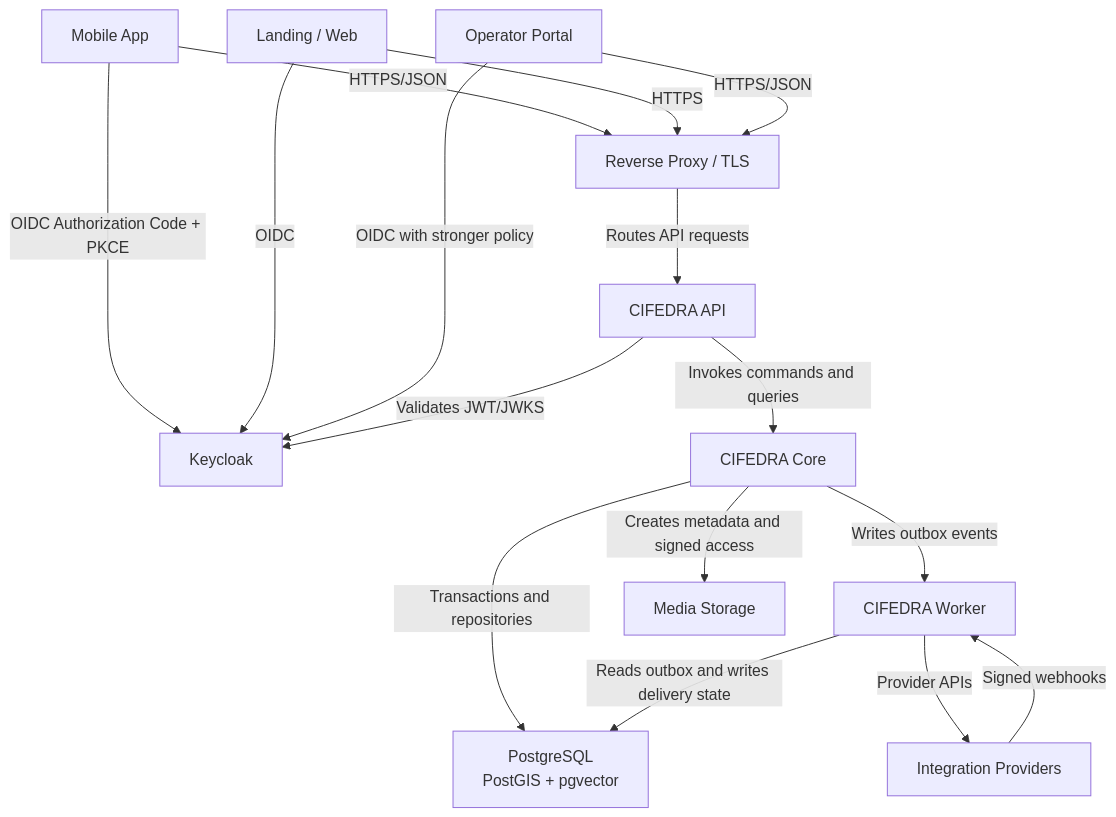
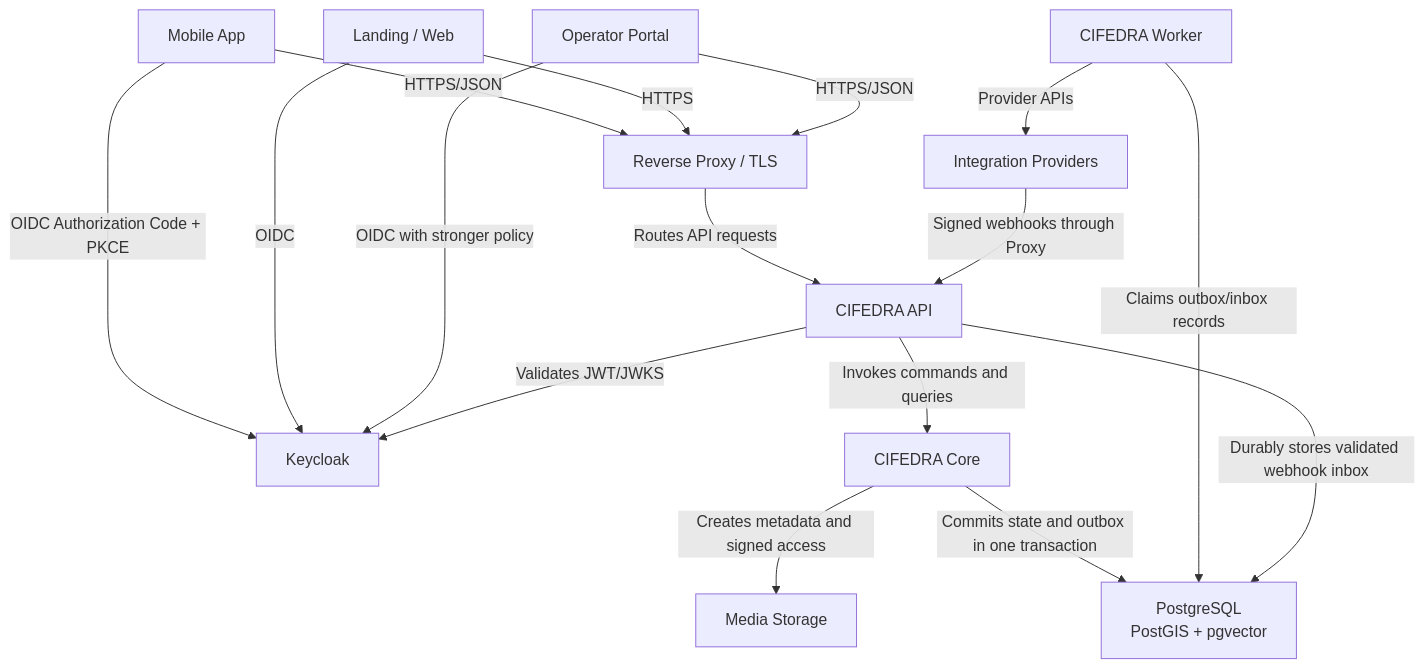
Before and after one commit to DIGITALATOM1/CIFEDRA: the second of 10 diagrams in knowledge/system/cifedra-hld.md, drawn with Mermaid. The commit also changed other lines of this file and 10 other files, not shown here.

Commit message:
Approve data and service architecture

````diff
--- a/knowledge/system/cifedra-hld.md
+++ b/knowledge/system/cifedra-hld.md
@@ -326,30 +327,30 @@
 ```mermaid
 flowchart TB
   Mobile["Mobile App"]
   Web["Landing / Web"]
   Ops["Operator Portal"]
   Proxy["Reverse Proxy / TLS"]
   Keycloak["Keycloak"]
   API["CIFEDRA API"]
   Core["CIFEDRA Core"]
   Worker["CIFEDRA Worker"]
   DB["PostgreSQL<br/>PostGIS + pgvector"]
   Media["Media Storage"]
   Providers["Integration Providers"]
 
   Mobile -->|"OIDC Authorization Code + PKCE"| Keycloak
   Web -->|"OIDC"| Keycloak
   Ops -->|"OIDC with stronger policy"| Keycloak
   Mobile -->|"HTTPS/JSON"| Proxy
   Web -->|"HTTPS"| Proxy
   Ops -->|"HTTPS/JSON"| Proxy
   Proxy -->|"Routes API requests"| API
   API -->|"Validates JWT/JWKS"| Keycloak
   API -->|"Invokes commands and queries"| Core
-  Core -->|"Transactions and repositories"| DB
   Core -->|"Creates metadata and signed access"| Media
-  Core -->|"Writes outbox events"| Worker
-  Worker -->|"Reads outbox and writes delivery state"| DB
+  Core -->|"Commits state and outbox in one transaction"| DB
+  Worker -->|"Claims outbox/inbox records"| DB
   Worker -->|"Provider APIs"| Providers
-  Providers -->|"Signed webhooks"| Worker
+  Providers -->|"Signed webhooks through Proxy"| API
+  API -->|"Durably stores validated webhook inbox"| DB
 ```
````
